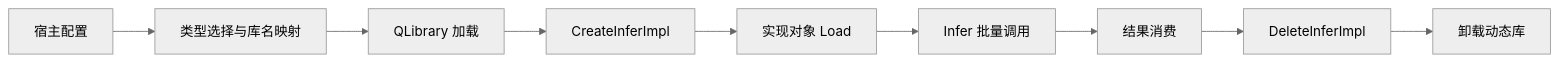
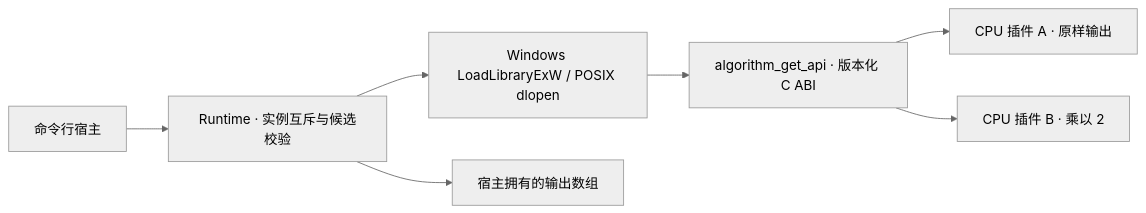
The diagram in README.md (aruchid/algorithm-dll-switching-demo), drawn with Mermaid (neutral theme) before and after one commit. The commit also changed other lines of this file and 12 other files, not shown here.

Commit message:
feat: add dependency-free C ABI plugin switching runtime and cross-platform tests

````diff
--- a/README.md
+++ b/README.md
@@ -86,11 +9,9 @@
 ```mermaid
 flowchart LR
-    A[宿主配置] --> B[类型选择与库名映射]
-    B --> C[QLibrary 加载]
-    C --> D[CreateInferImpl]
-    D --> E[实现对象 Load]
-    E --> F[Infer 批量调用]
-    F --> G[结果消费]
-    G --> H[DeleteInferImpl]
-    H --> I[卸载动态库]
+ CLI[命令行宿主] --> RT[Runtime · 实例互斥与候选校验]
+ RT --> LOADER[Windows LoadLibraryExW / POSIX dlopen]
+ LOADER --> ABI[algorithm_get_api · 版本化 C ABI]
+ ABI --> A[CPU 插件 A · 原样输出]
+ ABI --> B[CPU 插件 B · 乘以 2]
+ RT --> OUT[宿主拥有的输出数组]
 ```
````
